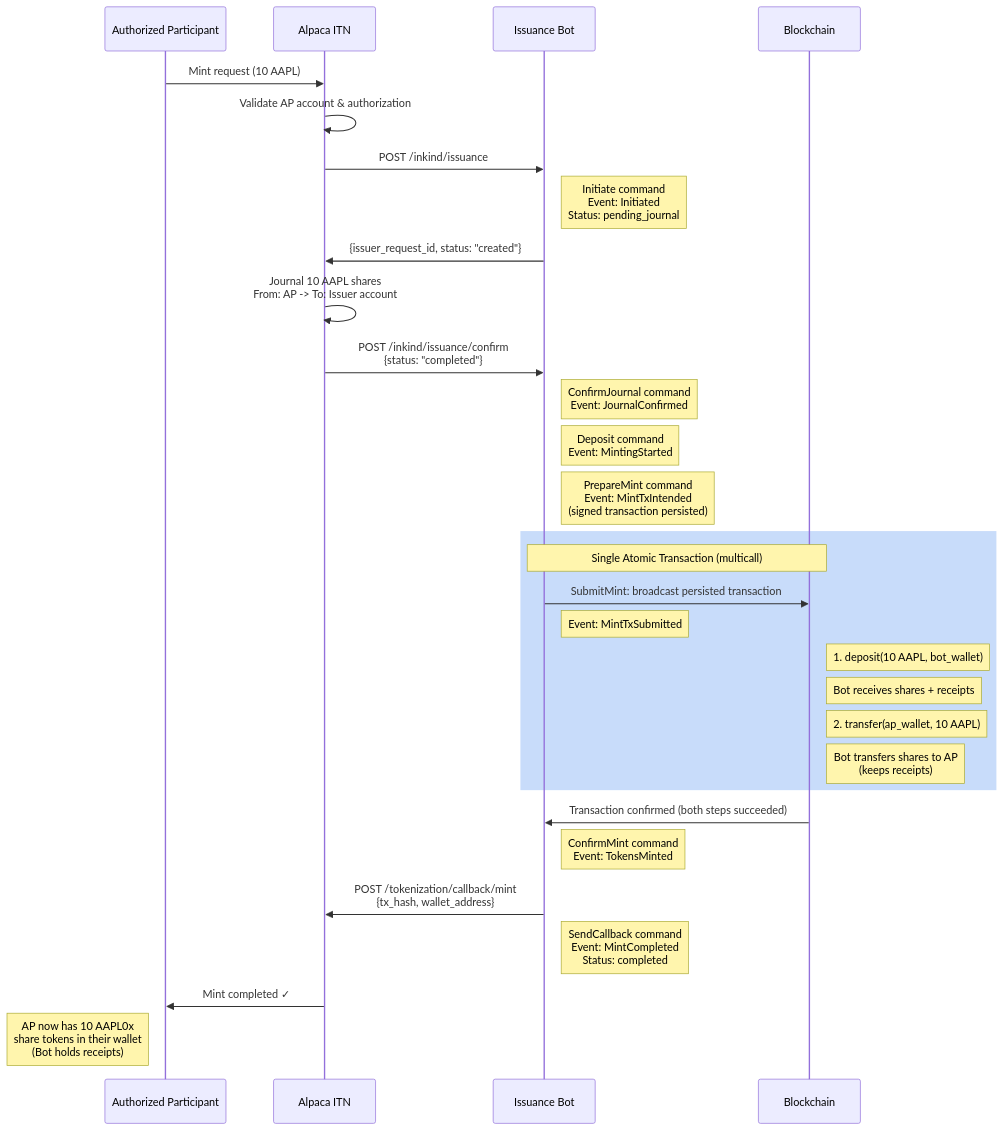
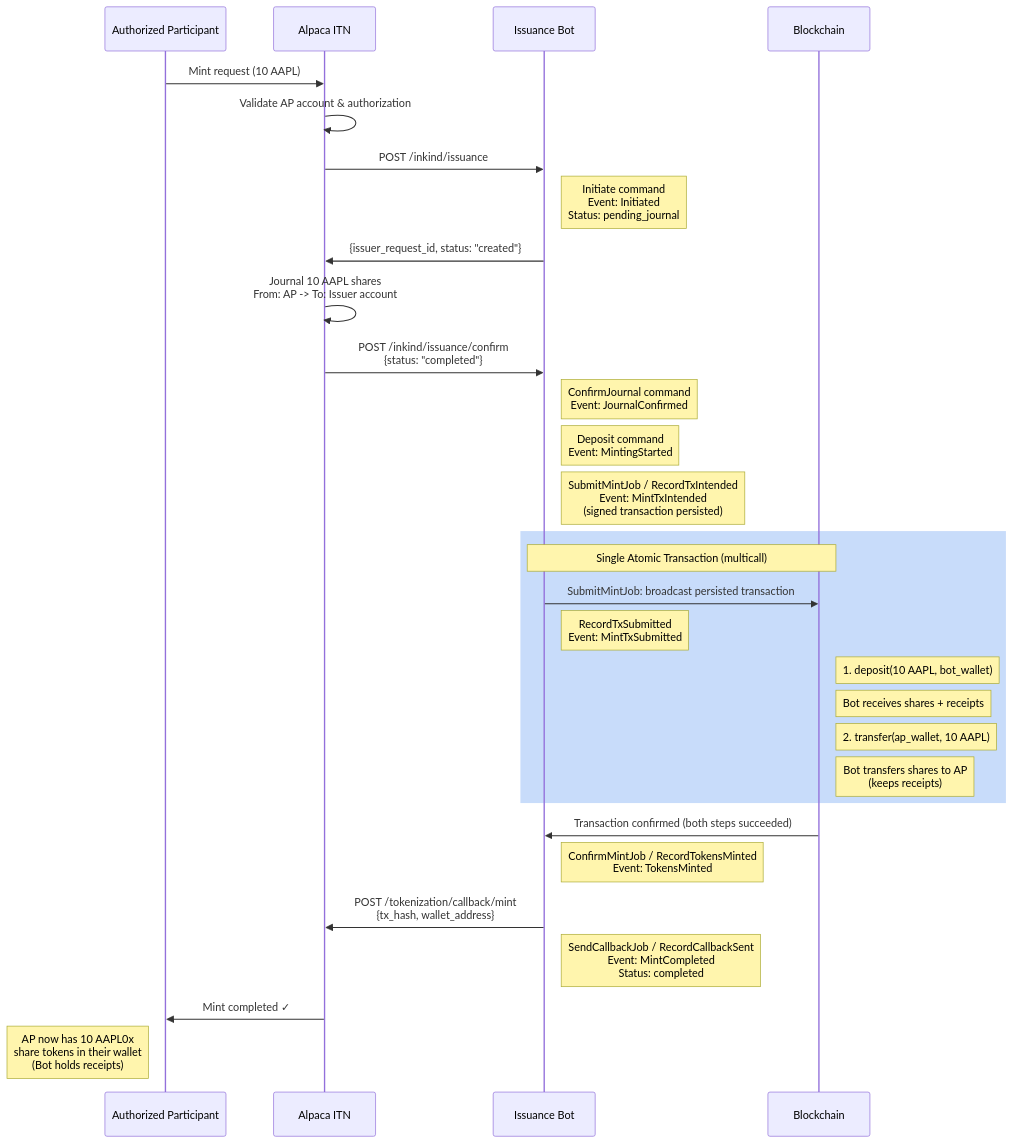
The fifth of 9 diagrams in SPEC.md (ST0x-Technology/st0x.issuance), drawn with Mermaid before and after one commit. The commit also changed other lines of this file, not shown here.

Commit message:
RAI-1216: Design & SPEC: orchestrator-based mint/burn flows

````diff
--- a/SPEC.md
+++ b/SPEC.md
@@ -1751,37 +2894,37 @@
 ```mermaid
 sequenceDiagram
     participant AP as Authorized Participant
     participant Alpaca as Alpaca ITN
     participant Us as Issuance Bot
     participant Blockchain as Blockchain
 
     AP->>Alpaca: Mint request (10 AAPL)
     Alpaca->>Alpaca: Validate AP account & authorization
     Alpaca->>Us: POST /inkind/issuance
     Note right of Us: Initiate command<br/>Event: Initiated<br/>Status: pending_journal
     Us->>Alpaca: {issuer_request_id, status: "created"}
 
     Alpaca->>Alpaca: Journal 10 AAPL shares<br/>From: AP -> To: Issuer account
     Alpaca->>Us: POST /inkind/issuance/confirm<br/>{status: "completed"}
     Note right of Us: ConfirmJournal command<br/>Event: JournalConfirmed
     Note right of Us: Deposit command<br/>Event: MintingStarted
-    Note right of Us: PrepareMint command<br/>Event: MintTxIntended<br/>(signed transaction persisted)
+    Note right of Us: SubmitMintJob / RecordTxIntended<br/>Event: MintTxIntended<br/>(signed transaction persisted)
 
     rect rgb(200, 220, 250)
         Note over Us,Blockchain: Single Atomic Transaction (multicall)
-        Us->>Blockchain: SubmitMint: broadcast persisted transaction
-        Note right of Us: Event: MintTxSubmitted
+        Us->>Blockchain: SubmitMintJob: broadcast persisted transaction
+        Note right of Us: RecordTxSubmitted<br/>Event: MintTxSubmitted
         Note right of Blockchain: 1. deposit(10 AAPL, bot_wallet)
         Note right of Blockchain: Bot receives shares + receipts
         Note right of Blockchain: 2. transfer(ap_wallet, 10 AAPL)
         Note right of Blockchain: Bot transfers shares to AP<br/>(keeps receipts)
     end
     Blockchain->>Us: Transaction confirmed (both steps succeeded)
-    Note right of Us: ConfirmMint command<br/>Event: TokensMinted
+    Note right of Us: ConfirmMintJob / RecordTokensMinted<br/>Event: TokensMinted
 
     Us->>Alpaca: POST /tokenization/callback/mint<br/>{tx_hash, wallet_address}
-    Note right of Us: SendCallback command<br/>Event: MintCompleted<br/>Status: completed
+    Note right of Us: SendCallbackJob / RecordCallbackSent<br/>Event: MintCompleted<br/>Status: completed
 
     Alpaca->>AP: Mint completed ✓
     Note left of AP: AP now has 10 AAPL0x<br/>share tokens in their wallet<br/>(Bot holds receipts)
 ```
````
